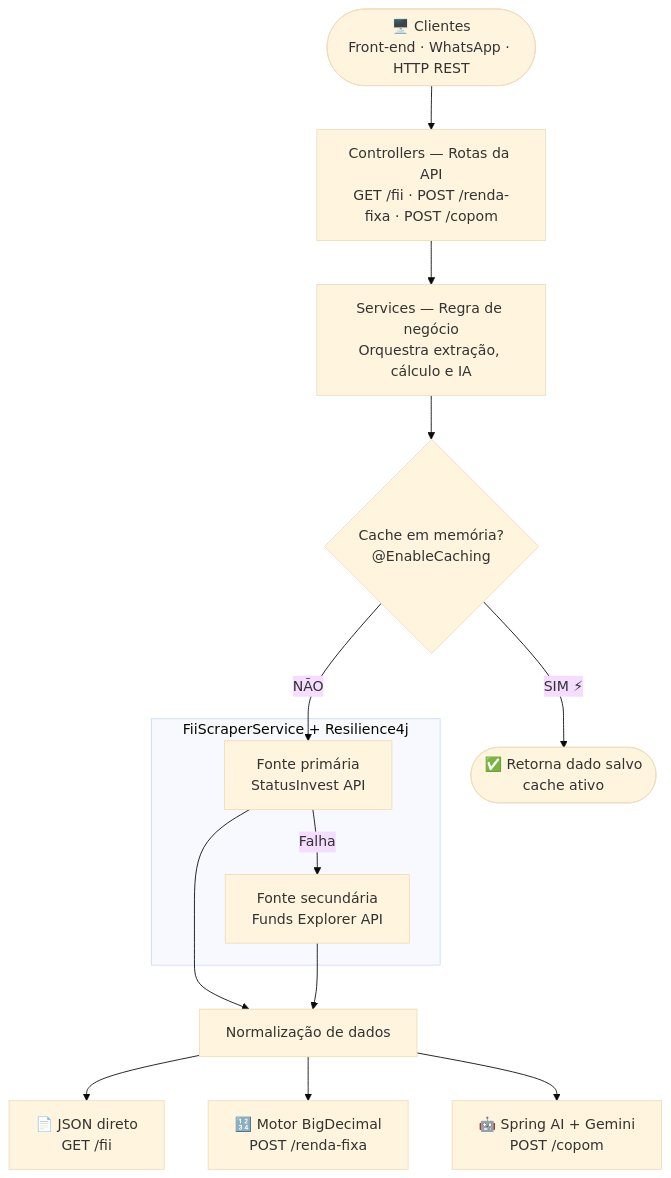
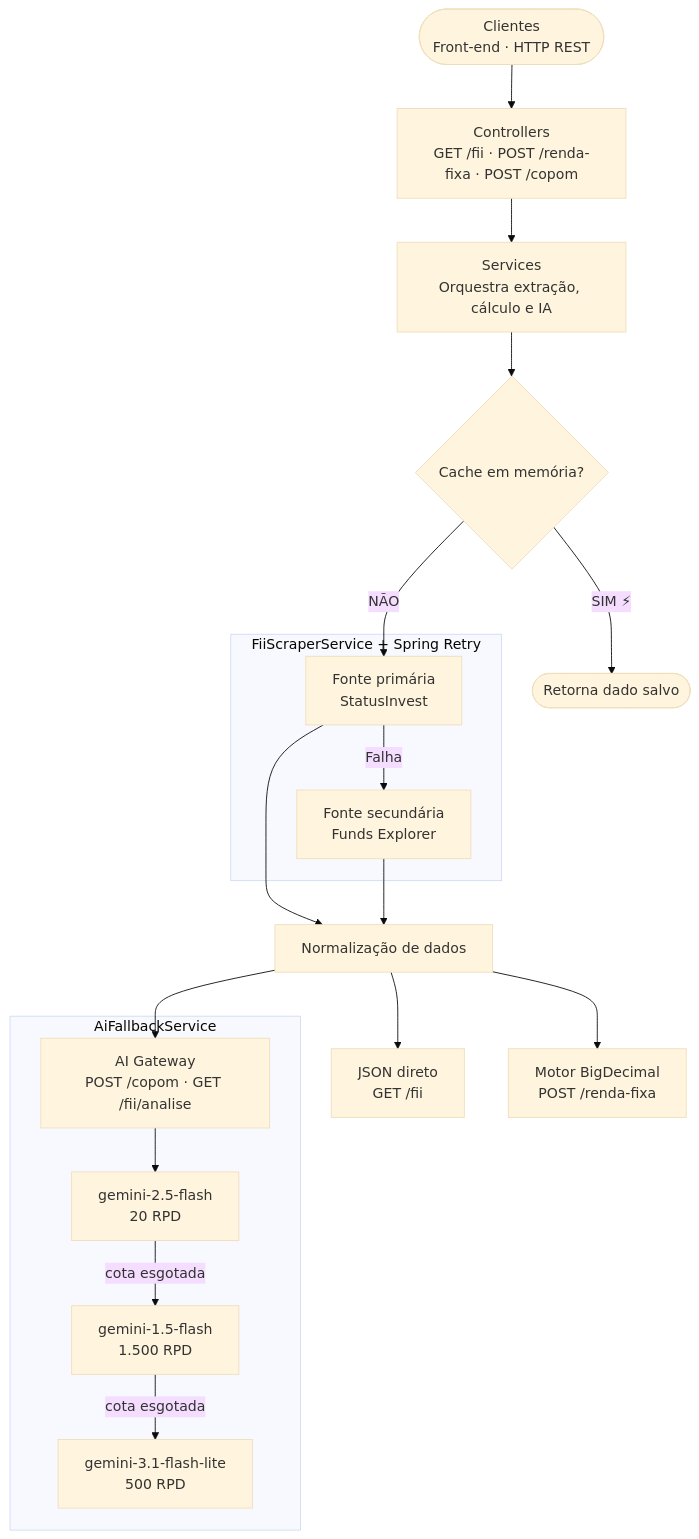
One commit to moiseslemosz/financial-engine changed the diagram in README.md. Above: the diagram before and after it, drawn with Mermaid (base theme). The commit also changed other lines of this file and 9 other files, not shown here.

````diff
--- a/README.md
+++ b/README.md
@@ -42,36 +54,33 @@
 ```mermaid
 flowchart TD
-    A([🖥️ Clientes\nFront-end · WhatsApp · HTTP REST])
+    A([Clientes\nFront-end · HTTP REST])
     A --> B
 
-    B[Controllers — Rotas da API\nGET /fii · POST /renda-fixa · POST /copom]
+    B[Controllers\nGET /fii · POST /renda-fixa · POST /copom]
     B --> C
 
-    C[Services — Regra de negócio\nOrquestra extração, cálculo e IA]
+    C[Services\nOrquestra extração, cálculo e IA]
     C --> D
 
-    D{Cache em memória?\n@EnableCaching}
-    D -- SIM ⚡ --> E
+    D{Cache em memória?}
+    D -- SIM ⚡ --> E([Retorna dado salvo])
     D -- NÃO --> F
 
-    E([✅ Retorna dado salvo\ncache ativo])
-
-    subgraph scraper[FiiScraperService + Resilience4j]
-        F[Fonte primária\nStatusInvest API]
-        F -- Falha --> G
-        G[Fonte secundária\nFunds Explorer API]
+    subgraph scraper[FiiScraperService + Spring Retry]
+        F[Fonte primária\nStatusInvest] -- Falha --> G[Fonte secundária\nFunds Explorer]
     end
 
     F --> H
     G --> H
-
     H[Normalização de dados]
 
-    H --> I
-    H --> J
-    H --> K
+    H --> I[JSON direto\nGET /fii]
+    H --> J[Motor BigDecimal\nPOST /renda-fixa]
+    H --> K[AI Gateway\nPOST /copom · GET /fii/analise]
 
-    I[📄 JSON direto\nGET /fii]
-    J[🔢 Motor BigDecimal\nPOST /renda-fixa]
-    K[🤖 Spring AI + Gemini\nPOST /copom]
+    subgraph ai[AiFallbackService]
+        K --> M1[gemini-2.5-flash\n20 RPD]
+        M1 -- cota esgotada --> M2[gemini-1.5-flash\n1.500 RPD]
+        M2 -- cota esgotada --> M3[gemini-3.1-flash-lite\n500 RPD]
+    end
 ```
````
